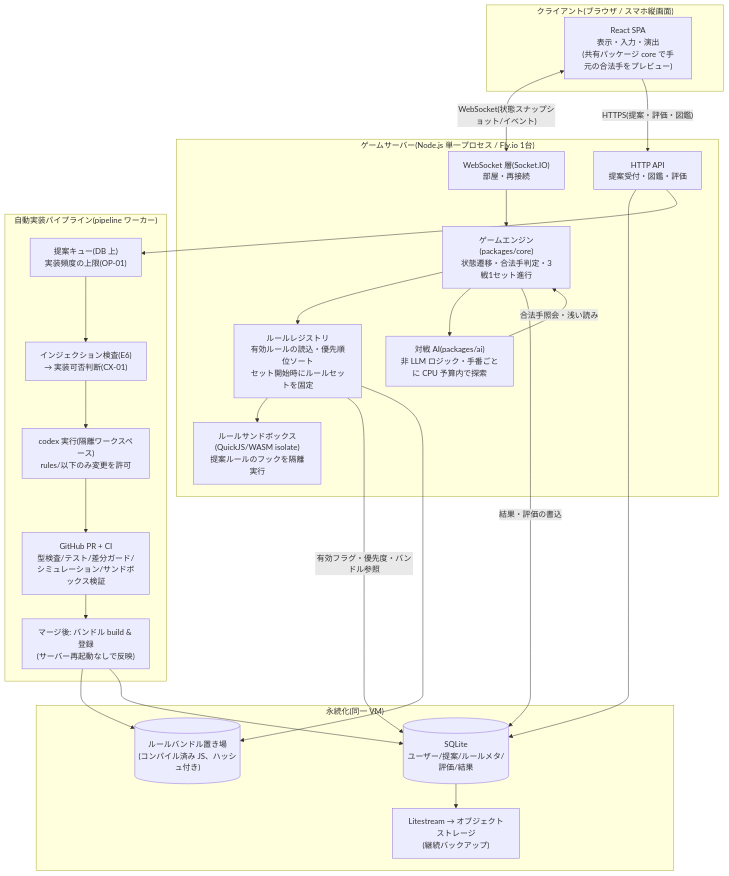
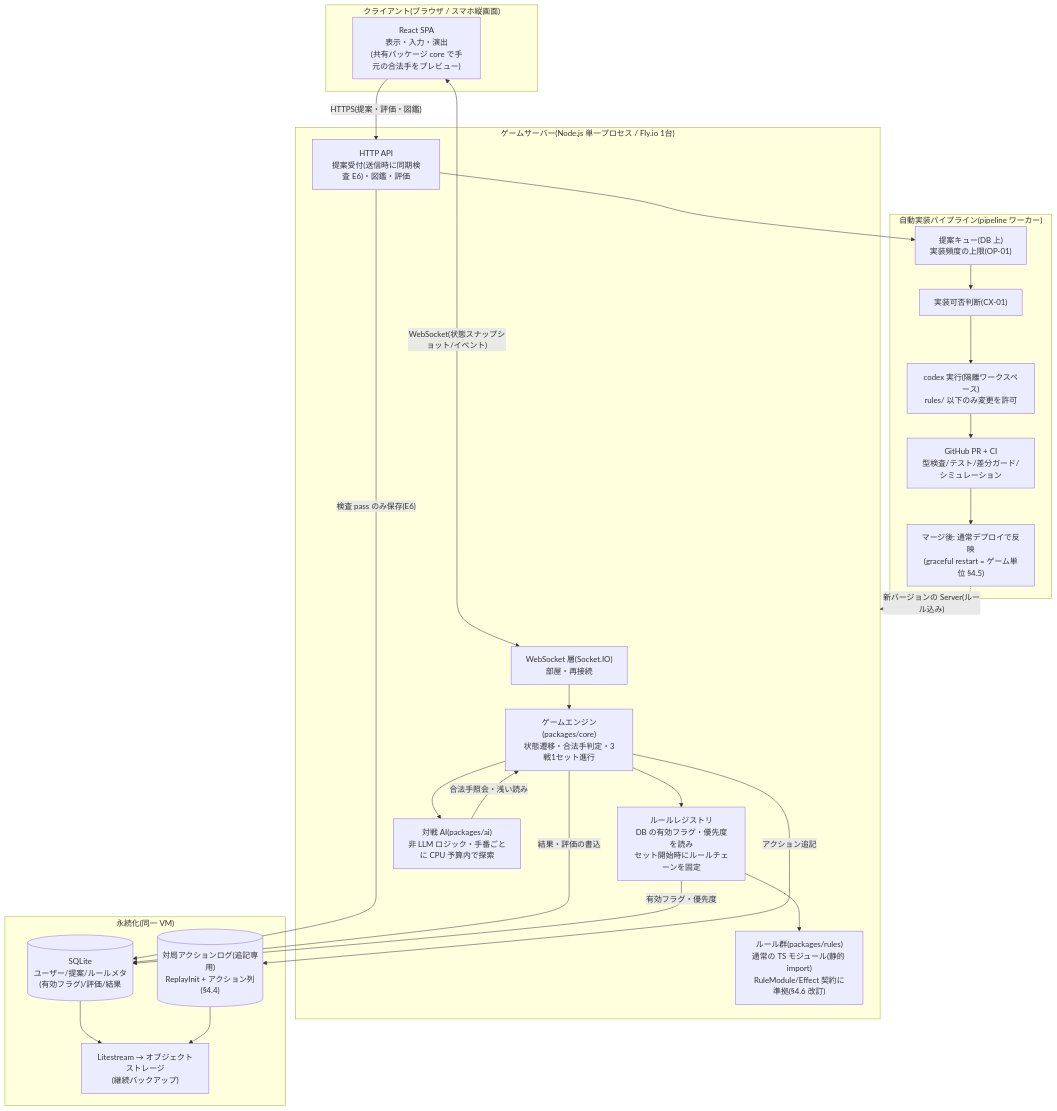
One commit to qsona/daifugo-together changed the diagram in docs/epics/E12-tech-stack.md. Above: the diagram before and after it, drawn with Mermaid. The commit also changed other lines of this file and 7 other files, not shown here.

````diff
--- a/docs/epics/E12-tech-stack.md
+++ b/docs/epics/E12-tech-stack.md
@@ -48,49 +48,49 @@
 ```mermaid
 flowchart TB
     subgraph Client["クライアント(ブラウザ / スマホ縦画面)"]
         SPA["React SPA<br/>表示・入力・演出<br/>(共有パッケージ core で手元の合法手をプレビュー)"]
     end
 
     subgraph Server["ゲームサーバー(Node.js 単一プロセス / Fly.io 1台)"]
         WS["WebSocket 層(Socket.IO)<br/>部屋・再接続"]
         Engine["ゲームエンジン(packages/core)<br/>状態遷移・合法手判定・3戦1セット進行"]
-        Registry["ルールレジストリ<br/>有効ルールの読込・優先順位ソート<br/>セット開始時にルールセットを固定"]
-        Sandbox["ルールサンドボックス<br/>(QuickJS/WASM isolate)<br/>提案ルールのフックを隔離実行"]
+        Registry["ルールレジストリ<br/>DB の有効フラグ・優先度を読み<br/>セット開始時にルールチェーンを固定"]
+        Rules["ルール群(packages/rules)<br/>通常の TS モジュール(静的 import)<br/>RuleModule/Effect 契約に準拠(§4.6 改訂)"]
         AI["対戦 AI(packages/ai)<br/>非 LLM ロジック・手番ごとに CPU 予算内で探索"]
-        API["HTTP API<br/>提案受付・図鑑・評価"]
+        API["HTTP API<br/>提案受付(送信時に同期検査 E6)・図鑑・評価"]
     end
 
     subgraph Data["永続化(同一 VM)"]
-        DB[("SQLite<br/>ユーザー/提案/ルールメタ/評価/結果")]
-        Bundles[("ルールバンドル置き場<br/>(コンパイル済み JS、ハッシュ付き)")]
+        DB[("SQLite<br/>ユーザー/提案/ルールメタ(有効フラグ)/評価/結果")]
+        ALog[("対局アクションログ(追記専用)<br/>ReplayInit + アクション列(§4.4)")]
         Backup["Litestream → オブジェクトストレージ<br/>(継続バックアップ)"]
     end
 
     subgraph Pipeline["自動実装パイプライン(pipeline ワーカー)"]
         Queue["提案キュー(DB 上)<br/>実装頻度の上限(OP-01)"]
-        Check["インジェクション検査(E6)<br/>→ 実装可否判断(CX-01)"]
-        Codex["codex 実行(隔離ワークスペース)<br/>rules/以下のみ変更を許可"]
-        CI["GitHub PR + CI<br/>型検査/テスト/差分ガード/<br/>シミュレーション/サンドボックス検証"]
-        Deploy["マージ後: バンドル build & 登録<br/>(サーバー再起動なしで反映)"]
+        Judge["実装可否判断(CX-01)"]
+        Codex["codex 実行(隔離ワークスペース)<br/>rules/ 以下のみ変更を許可"]
+        CI["GitHub PR + CI<br/>型検査/テスト/差分ガード/シミュレーション"]
+        Deploy["マージ後: 通常デプロイで反映<br/>(graceful restart = ゲーム単位 §4.5)"]
     end
 
     SPA <-->|"WebSocket(状態スナップショット/イベント)"| WS
     SPA -->|"HTTPS(提案・評価・図鑑)"| API
     WS --> Engine
     Engine --> Registry
-    Registry --> Sandbox
+    Registry --> Rules
     Engine --> AI
     AI -->|"合法手照会・浅い読み"| Engine
-    API --> DB
+    API -->|"検査 pass のみ保存(E6)"| DB
     Engine -->|"結果・評価の書込"| DB
-    Registry -->|"有効フラグ・優先度・バンドル参照"| DB
-    Registry --> Bundles
+    Engine -->|"アクション追記"| ALog
+    Registry -->|"有効フラグ・優先度"| DB
     DB --> Backup
+    ALog --> Backup
     API --> Queue
-    Queue --> Check
-    Check --> Codex
+    Queue --> Judge
+    Judge --> Codex
     Codex --> CI
     CI --> Deploy
-    Deploy --> Bundles
-    Deploy --> DB
+    Deploy -.->|"新バージョンの Server(ルール込み)"| Server
 ```
````
